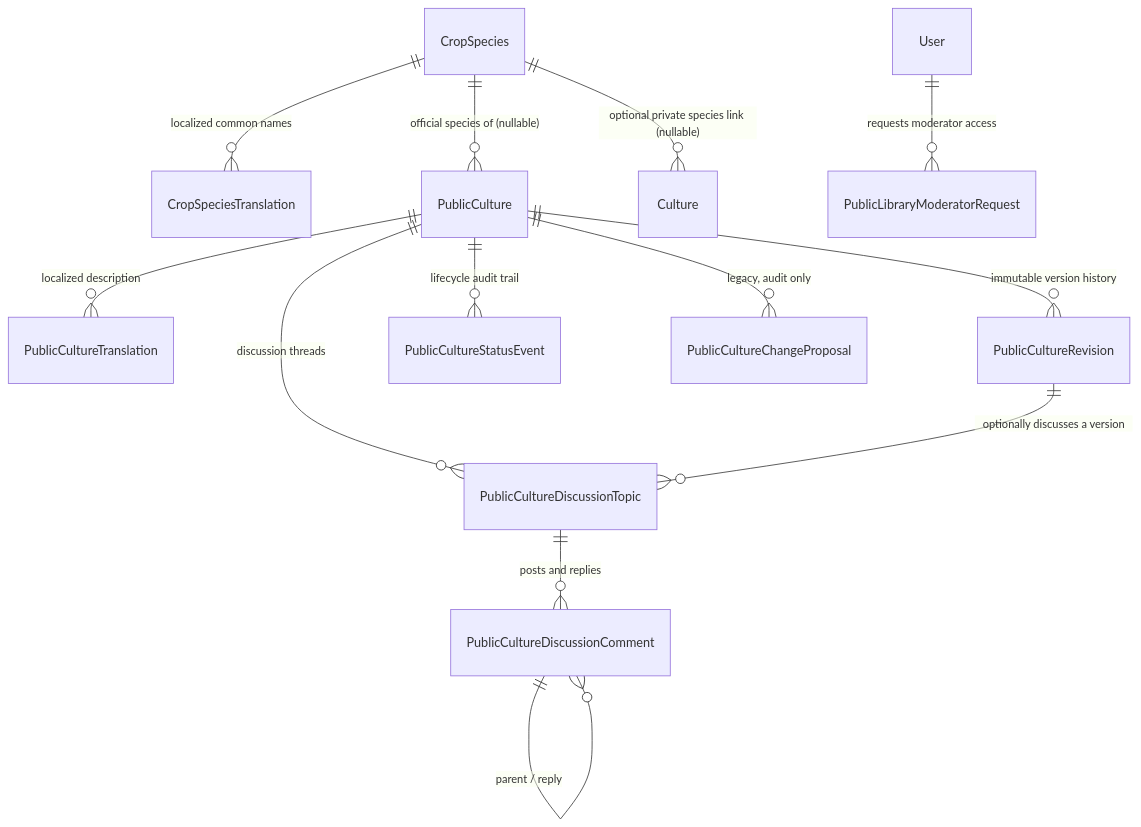
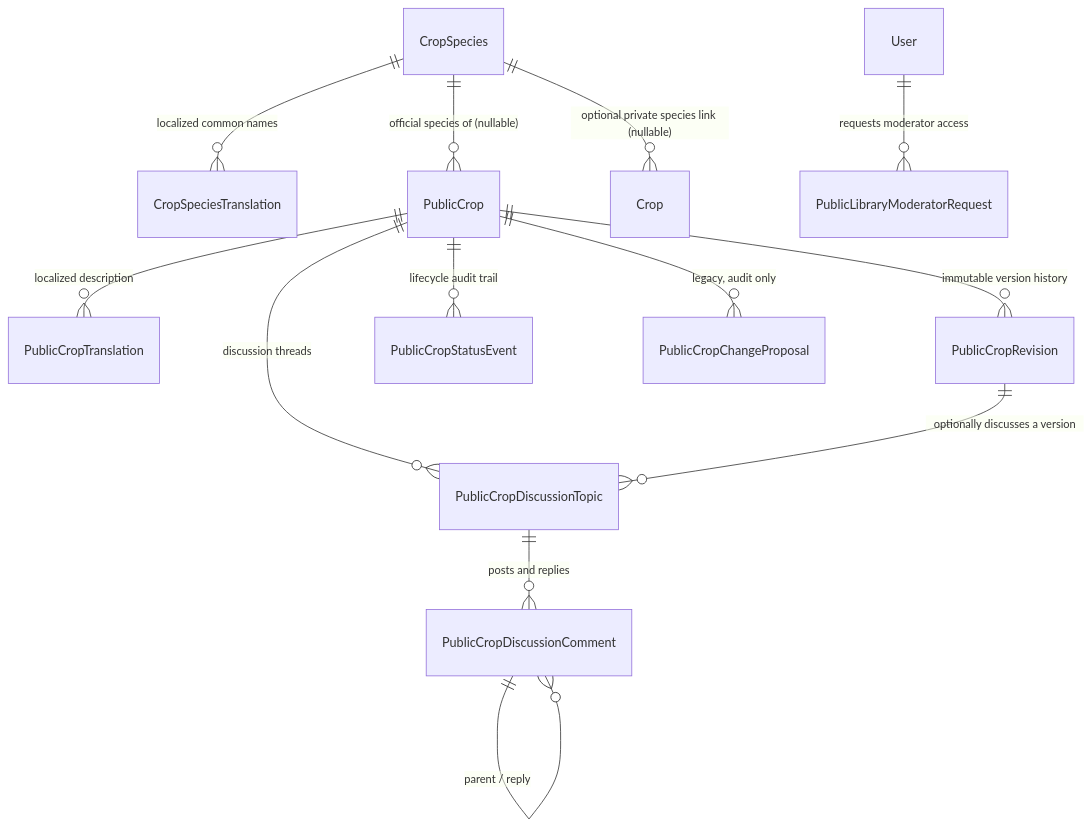
The fifth of 6 diagrams in docs/data-model.md (OpenFarmPlanner/OpenFarmPlanner), drawn with Mermaid before and after one commit. The commit also changed other lines of this file and 170 other files, not shown here.

First line of the commit message:
refactor: rename backend domain concept Culture to Crop

````diff
--- a/docs/data-model.md
+++ b/docs/data-model.md
@@ -186,15 +186,15 @@
 ```mermaid
 erDiagram
     CropSpecies ||--o{ CropSpeciesTranslation : "localized common names"
-    CropSpecies ||--o{ PublicCulture : "official species of (nullable)"
-    CropSpecies ||--o{ Culture : "optional private species link (nullable)"
-    PublicCulture ||--o{ PublicCultureTranslation : "localized description"
-    PublicCulture ||--o{ PublicCultureRevision : "immutable version history"
-    PublicCulture ||--o{ PublicCultureStatusEvent : "lifecycle audit trail"
-    PublicCulture ||--o{ PublicCultureDiscussionTopic : "discussion threads"
-    PublicCultureDiscussionTopic ||--o{ PublicCultureDiscussionComment : "posts and replies"
-    PublicCultureDiscussionComment ||--o{ PublicCultureDiscussionComment : "parent / reply"
-    PublicCultureRevision ||--o{ PublicCultureDiscussionTopic : "optionally discusses a version"
-    PublicCulture ||--o{ PublicCultureChangeProposal : "legacy, audit only"
+    CropSpecies ||--o{ PublicCrop : "official species of (nullable)"
+    CropSpecies ||--o{ Crop : "optional private species link (nullable)"
+    PublicCrop ||--o{ PublicCropTranslation : "localized description"
+    PublicCrop ||--o{ PublicCropRevision : "immutable version history"
+    PublicCrop ||--o{ PublicCropStatusEvent : "lifecycle audit trail"
+    PublicCrop ||--o{ PublicCropDiscussionTopic : "discussion threads"
+    PublicCropDiscussionTopic ||--o{ PublicCropDiscussionComment : "posts and replies"
+    PublicCropDiscussionComment ||--o{ PublicCropDiscussionComment : "parent / reply"
+    PublicCropRevision ||--o{ PublicCropDiscussionTopic : "optionally discusses a version"
+    PublicCrop ||--o{ PublicCropChangeProposal : "legacy, audit only"
     User ||--o{ PublicLibraryModeratorRequest : "requests moderator access"
 ```
````
